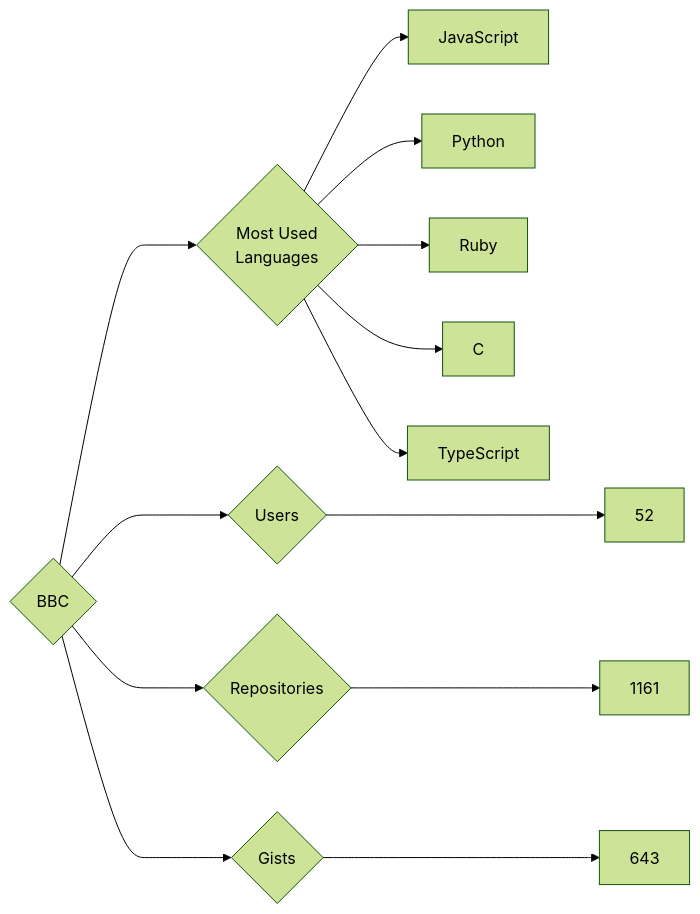
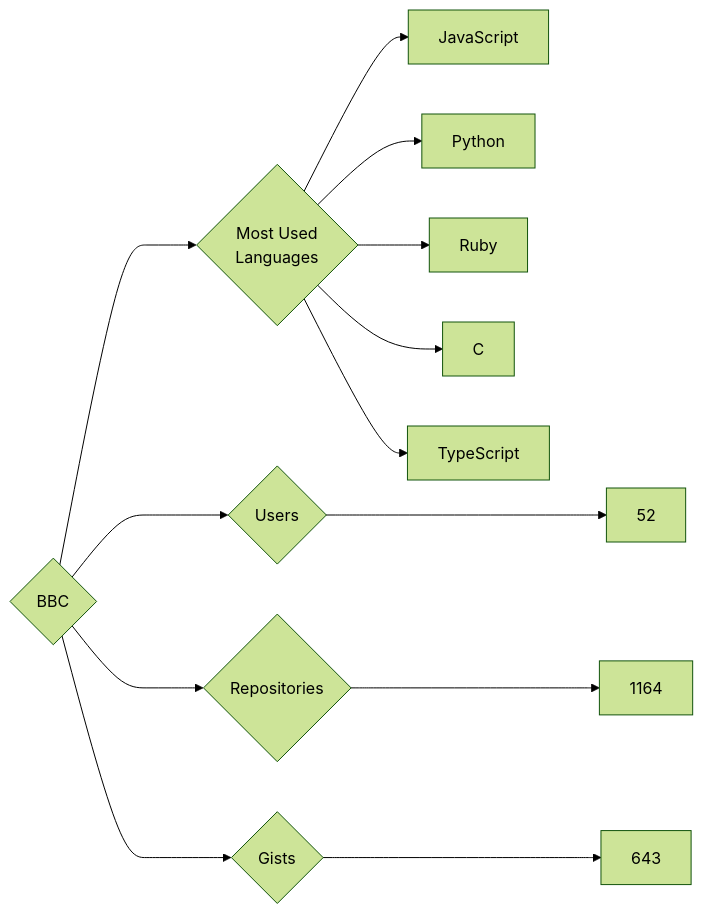
Before and after one commit to trickest/insiders: the diagram in targets/BBC/README.md, drawn with Mermaid (forest theme). The commit also changed 823 other files, not shown here.

````diff
--- a/targets/BBC/README.md
+++ b/targets/BBC/README.md
@@ -3,13 +3,13 @@
 ```mermaid
 graph LR
 COMPANY_NAME{BBC}
 COMPANY_NAME ---> U{Users} ---> UN[52]
-COMPANY_NAME ---> R{Repositories} ---> RN[1161]
+COMPANY_NAME ---> R{Repositories} ---> RN[1164]
 COMPANY_NAME ---> G{Gists} ---> GN[643]
 COMPANY_NAME ---> ML{Most Used<br>Languages}
 ML --> JavaScript[JavaScript]
 ML --> Python[Python]
 ML --> Ruby[Ruby]
 ML --> C[C]
 ML --> TypeScript[TypeScript]
 ```
````
